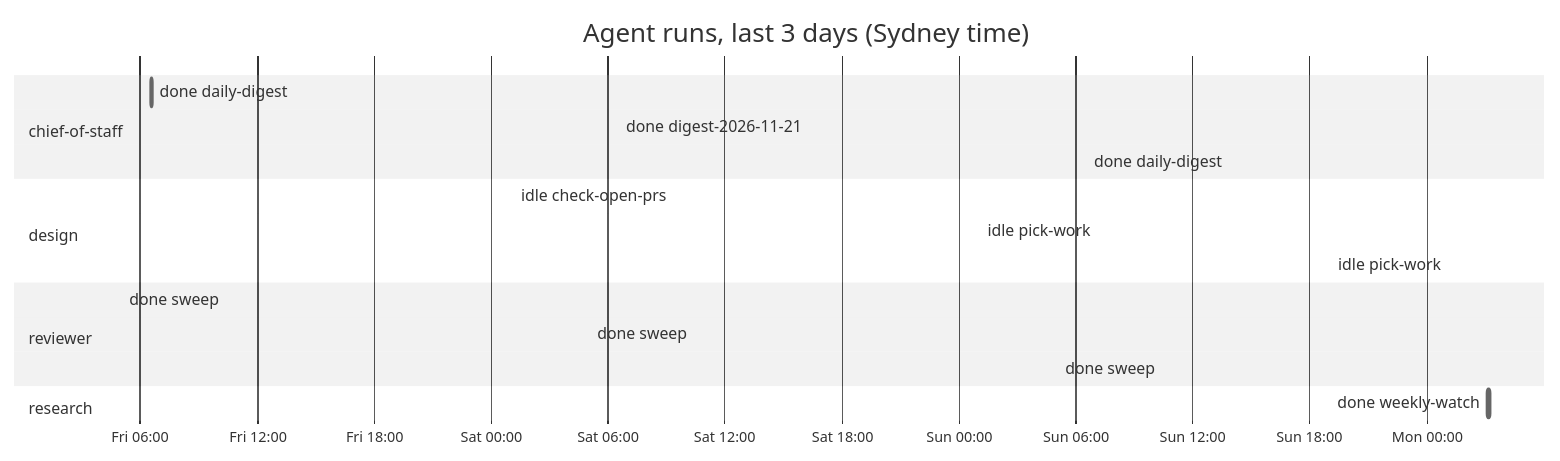
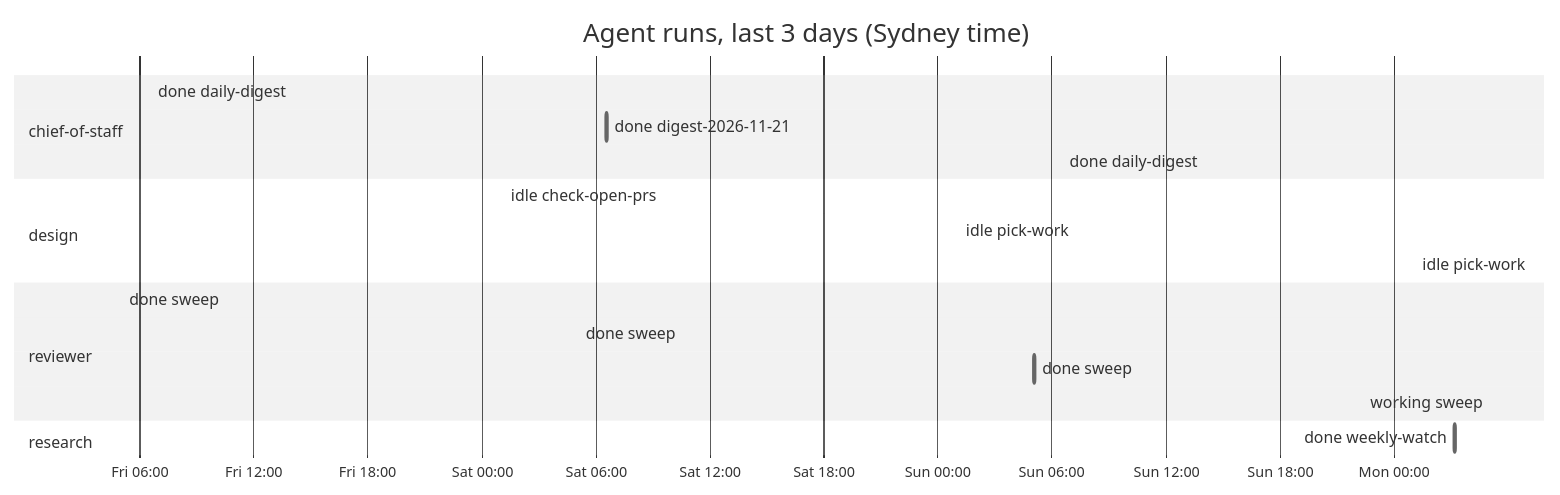
The diagram in dashboard.md (roulmediateam-byte/fifteen-expert-hq), drawn with Mermaid (neutral theme) before and after one commit. The commit also changed other lines of this file and 1 other file, not shown here.

````diff
--- a/dashboard.md
+++ b/dashboard.md
@@ -50,20 +50,21 @@
 ```mermaid
 gantt
     title Agent runs, last 3 days (Sydney time)
     dateFormat YYYY-MM-DD HH:mm
     axisFormat %a %H:%M
     section chief-of-staff
     done daily-digest :done, 2026-11-20 06:35, 2026-11-20 06:37
     done digest-2026-11-21 :done, 2026-11-21 06:34, 2026-11-21 06:36
     done daily-digest :done, 2026-11-22 06:34, 2026-11-22 06:36
     section design
     idle check-open-prs :done, 2026-11-21 01:10, 2026-11-21 01:11
     idle pick-work :done, 2026-11-22 01:08, 2026-11-22 01:08
     idle pick-work :done, 2026-11-23 01:08, 2026-11-23 01:09
     section reviewer
     done sweep :done, 2026-11-20 05:05, 2026-11-20 05:05
     done sweep :done, 2026-11-21 05:05, 2026-11-21 05:06
     done sweep :done, 2026-11-22 05:05, 2026-11-22 05:06
+    working sweep :active, 2026-11-23 05:04, 2026-11-23 05:05
     section research
     done weekly-watch :done, 2026-11-23 03:10, 2026-11-23 03:17
 ```
````
